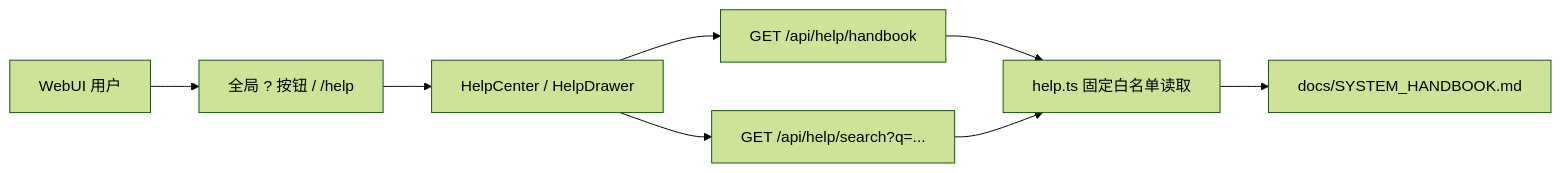
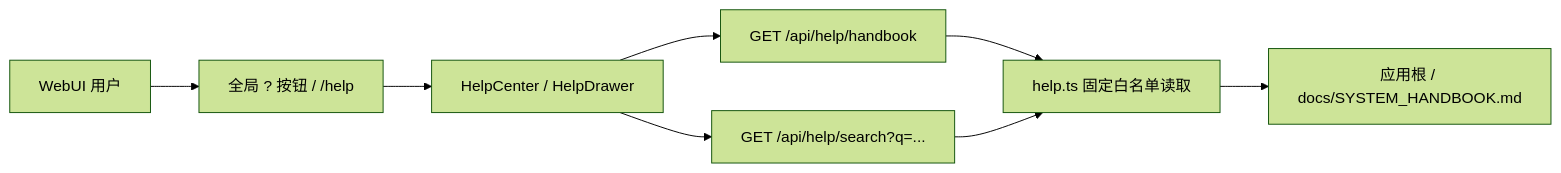
One commit to Forrest219/project-lucy changed the diagram in docs/design-system-handbook-help.md. Above: the diagram before and after it, drawn with Mermaid (forest theme). The commit also changed other lines of this file and 3 other files, not shown here.

````diff
--- a/docs/design-system-handbook-help.md
+++ b/docs/design-system-handbook-help.md
@@ -139,10 +139,10 @@
 ```mermaid
 flowchart LR
   U["WebUI 用户"] --> B["全局 ? 按钮 / /help"]
   B --> F["HelpCenter / HelpDrawer"]
   F --> A["GET /api/help/handbook"]
   F --> S["GET /api/help/search?q=..."]
   A --> R["help.ts 固定白名单读取"]
   S --> R
-  R --> D["docs/SYSTEM_HANDBOOK.md"]
+  R --> D["应用根 / docs/SYSTEM_HANDBOOK.md"]
 ```
````
